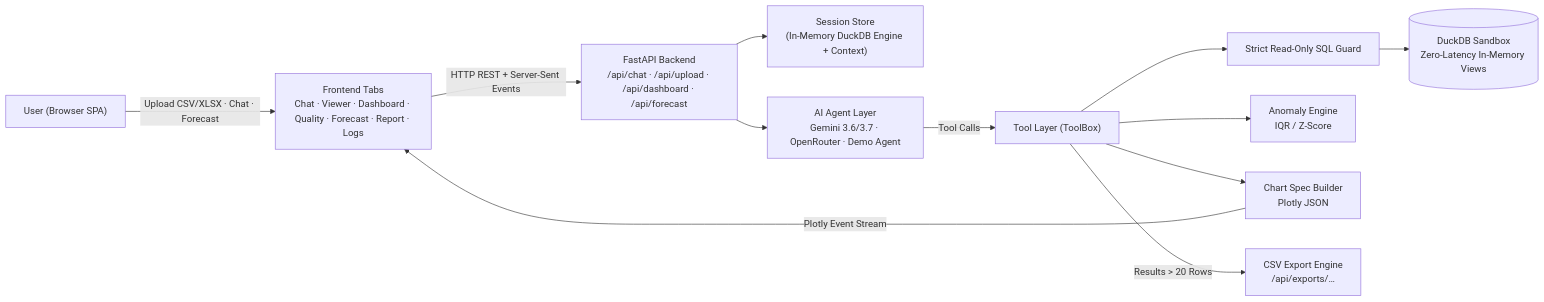
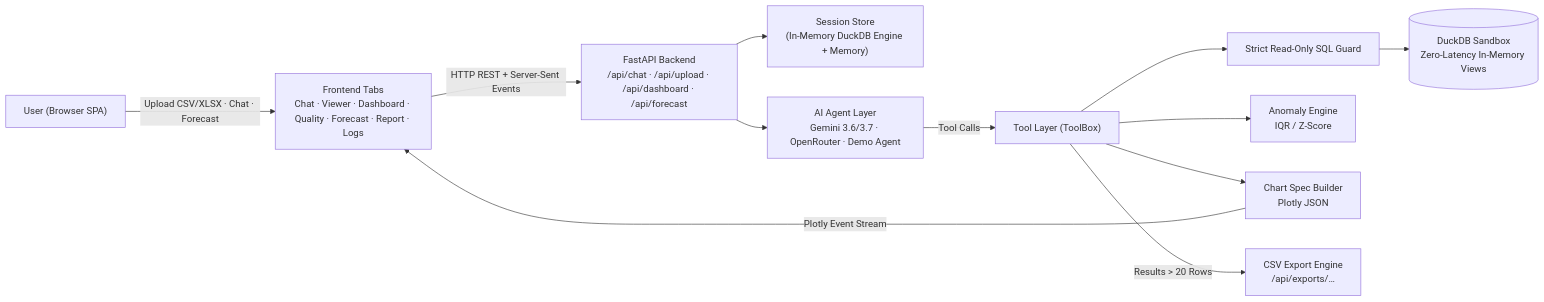
Before and after one commit to anuragsgupta/QueryPilot: the diagram in README.md, drawn with Mermaid. The commit also changed other lines of this file, not shown here.

Commit message:
docs: Update README.md with complete requirements coverage, bonus checklist, and architecture

````diff
--- a/README.md
+++ b/README.md
@@ -60,14 +104,14 @@
 ```mermaid
 flowchart LR
   U["User (Browser SPA)"] -->|"Upload CSV/XLSX · Chat · Forecast"| FE["Frontend Tabs<br/>Chat · Viewer · Dashboard · Quality · Forecast · Report · Logs"]
   FE -->|"HTTP REST + Server-Sent Events"| API["FastAPI Backend<br/>/api/chat · /api/upload · /api/dashboard · /api/forecast"]
-  API --> S["Session Store<br/>(In-Memory DuckDB Engine + Context)"]
+  API --> S["Session Store<br/>(In-Memory DuckDB Engine + Memory)"]
   API --> AG["AI Agent Layer<br/>Gemini 3.6/3.7 · OpenRouter · Demo Agent"]
   AG -->|"Tool Calls"| T["Tool Layer (ToolBox)"]
   T --> GU["Strict Read-Only SQL Guard"]
   GU --> D[("DuckDB Sandbox<br/>Zero-Latency In-Memory Views")]
   T --> A["Anomaly Engine<br/>IQR / Z-Score"]
   T --> C["Chart Spec Builder<br/>Plotly JSON"]
   C -->|"Plotly Event Stream"| FE
   T -->|"Results > 20 Rows"| E["CSV Export Engine<br/>/api/exports/…"]
 ```
````
